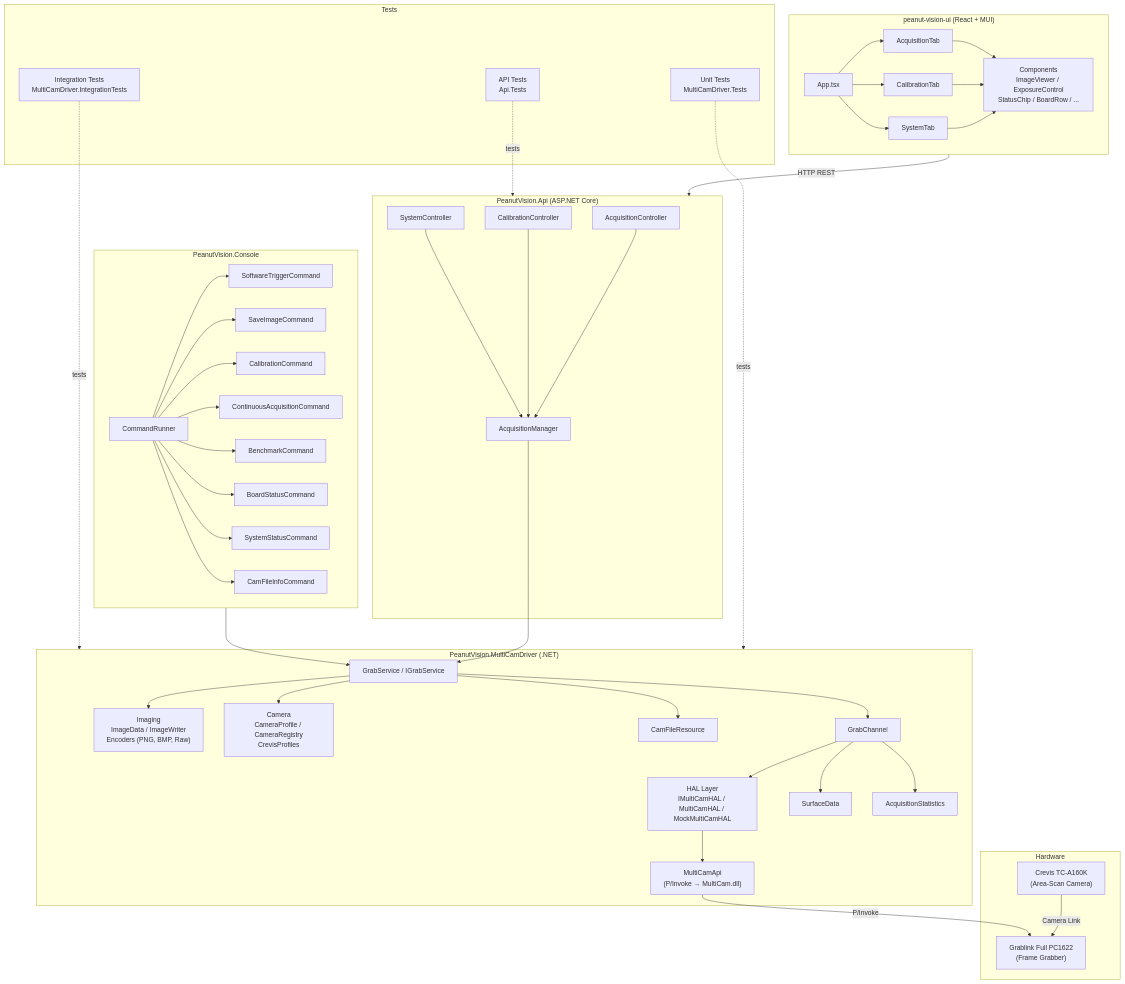
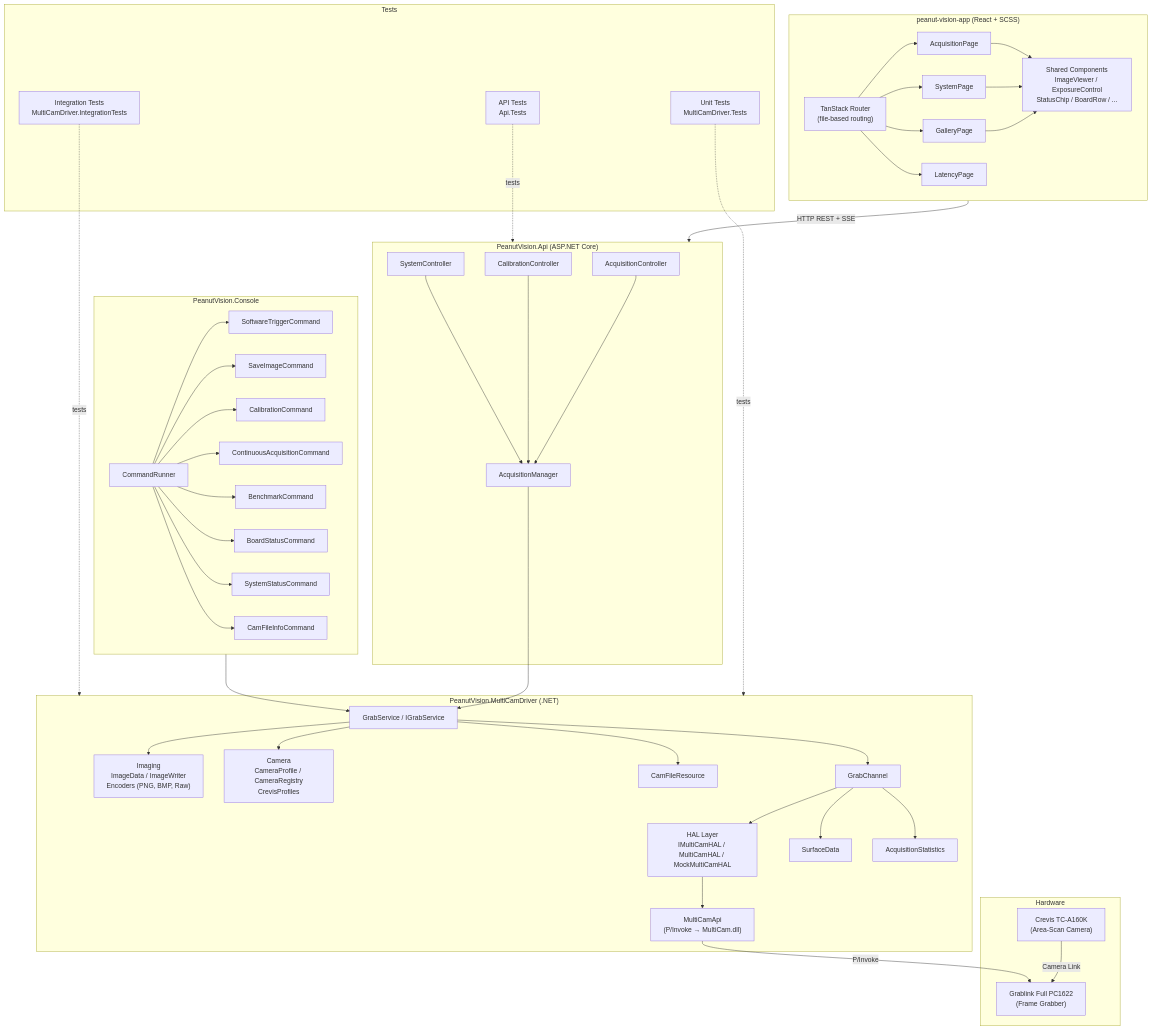
Before and after one commit to peanudge/peanut-factory: the first of 2 diagrams in OVERVIEW.md, drawn with Mermaid. The commit also changed other lines of this file and 57 other files, not shown here.

First line of the commit message:
chore: remove peanut-vision-ui, update OVERVIEW.md to peanut-vision-app

```diff
--- a/OVERVIEW.md
+++ b/OVERVIEW.md
@@ -64,19 +64,21 @@
         CMD --> CAMINFO
     end
 
-    subgraph UI["peanut-vision-ui (React + MUI)"]
-        APP["App.tsx"]
-        ACQT["AcquisitionTab"]
-        CALT["CalibrationTab"]
-        SYST["SystemTab"]
-        COMP["Components\nImageViewer / ExposureControl\nStatusChip / BoardRow / ..."]
+    subgraph UI["peanut-vision-app (React + SCSS)"]
+        ROUTER["TanStack Router\n(file-based routing)"]
+        SYSPAGE["SystemPage"]
+        ACQPAGE["AcquisitionPage"]
+        GALPAGE["GalleryPage"]
+        LATPAGE["LatencyPage"]
+        SHARED["Shared Components\nImageViewer / ExposureControl\nStatusChip / BoardRow / ..."]
 
-        APP --> ACQT
-        APP --> CALT
-        APP --> SYST
-        ACQT --> COMP
-        CALT --> COMP
-        SYST --> COMP
+        ROUTER --> SYSPAGE
+        ROUTER --> ACQPAGE
+        ROUTER --> GALPAGE
+        ROUTER --> LATPAGE
+        ACQPAGE --> SHARED
+        SYSPAGE --> SHARED
+        GALPAGE --> SHARED
     end
 
     subgraph Tests["Tests"]
@@ -87,7 +89,7 @@
 
     MCAPI -->|"P/Invoke"| GL
     CLI --> GS
-    UI -->|"HTTP REST"| API
+    UI -->|"HTTP REST + SSE"| API
     UT -.->|tests| Driver
     IT -.->|tests| Driver
     AT -.->|tests| API
```
